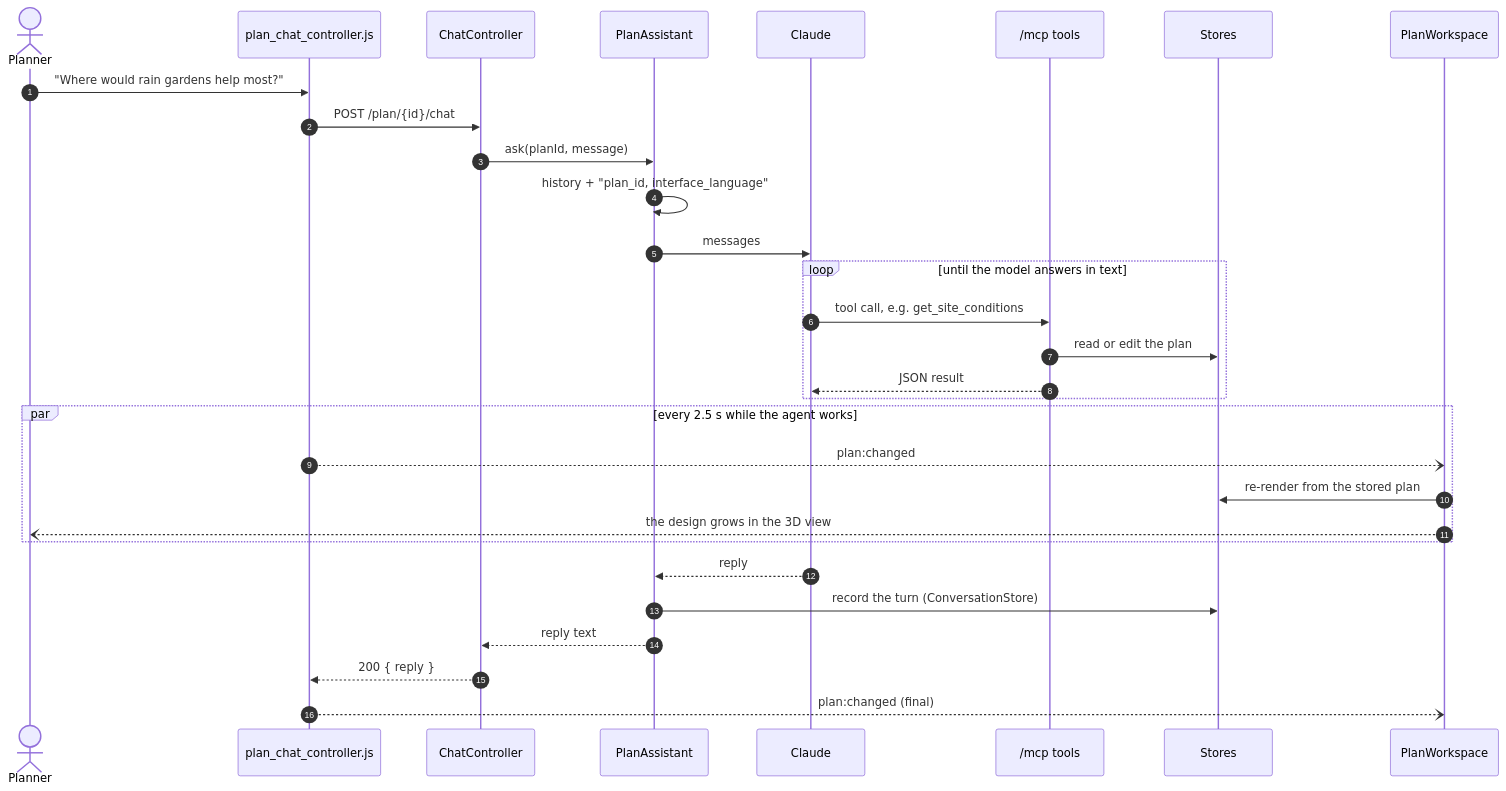
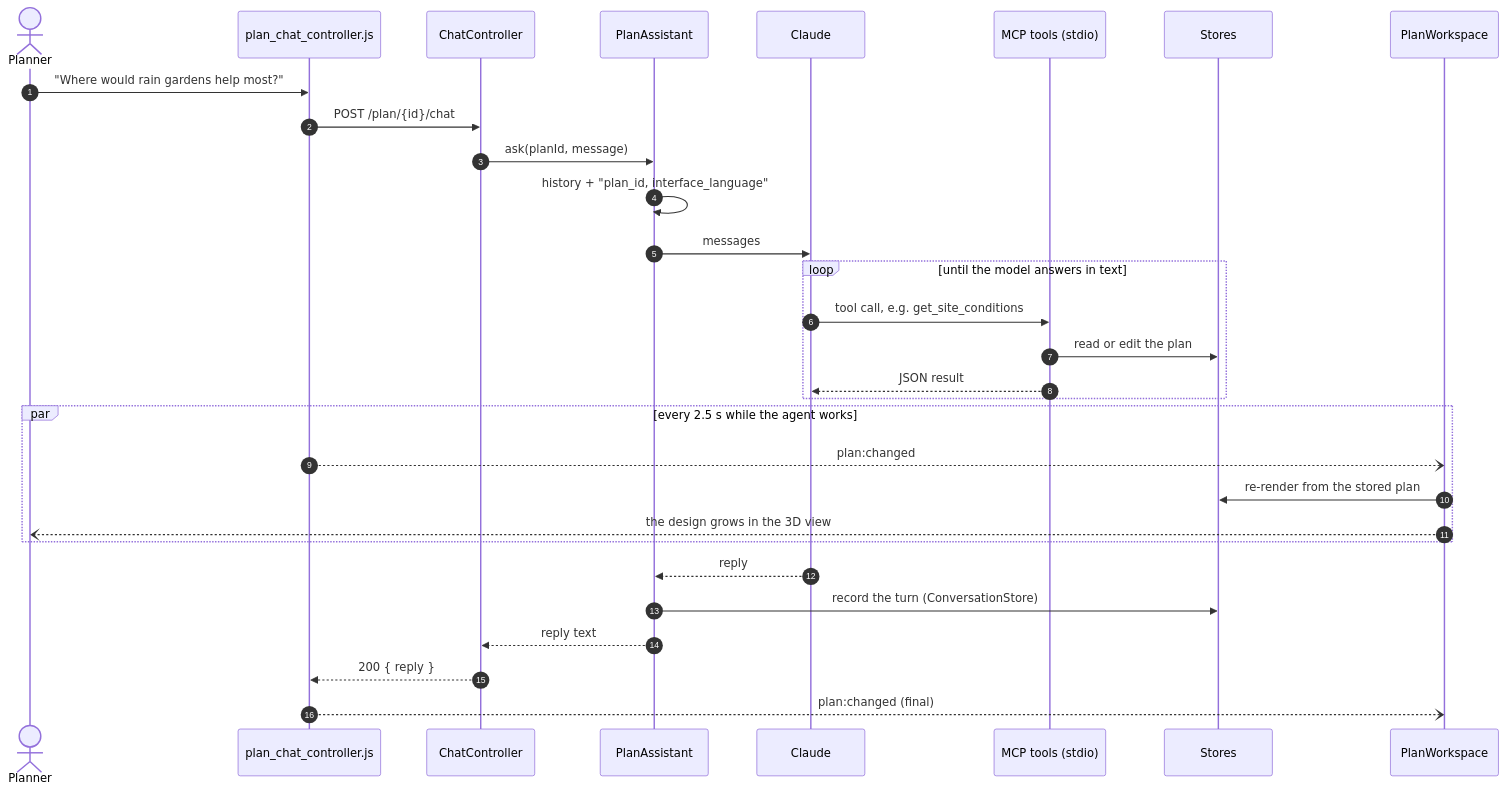
Before and after one commit to davidgorges/spongecity-ai-public: the seventh of 10 diagrams in docs/overview.md, drawn with Mermaid. The commit also changed other lines of this file and 10 other files, not shown here.

First line of the commit message:
Agent reaches its MCP tools over stdio instead of HTTP

````diff
--- a/docs/overview.md
+++ b/docs/overview.md
@@ -295,33 +295,33 @@
 ```mermaid
 sequenceDiagram
     autonumber
     actor U as Planner
     participant JS as plan_chat_controller.js
     participant C as ChatController
     participant A as PlanAssistant
     participant M as Claude
-    participant T as /mcp tools
+    participant T as MCP tools (stdio)
     participant S as Stores
     participant LC as PlanWorkspace
 
     U->>JS: "Where would rain gardens help most?"
     JS->>C: POST /plan/{id}/chat
     C->>A: ask(planId, message)
     A->>A: history + "plan_id, interface_language"
     A->>M: messages
     loop until the model answers in text
         M->>T: tool call, e.g. get_site_conditions
         T->>S: read or edit the plan
         T-->>M: JSON result
     end
     par every 2.5 s while the agent works
         JS--)LC: plan:changed
         LC->>S: re-render from the stored plan
         LC--)U: the design grows in the 3D view
     end
     M-->>A: reply
     A->>S: record the turn (ConversationStore)
     A-->>C: reply text
     C-->>JS: 200 { reply }
     JS--)LC: plan:changed (final)
 ```
````
